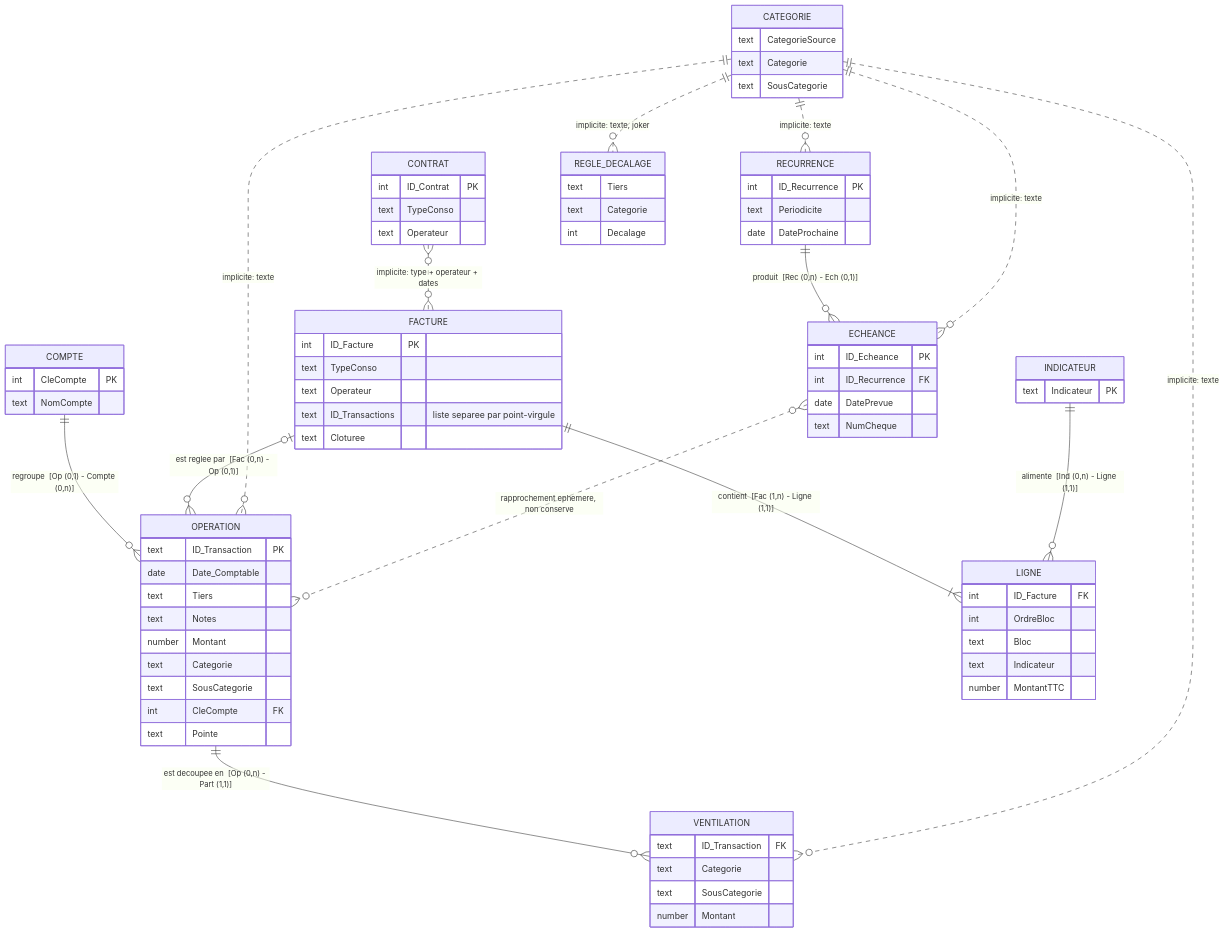
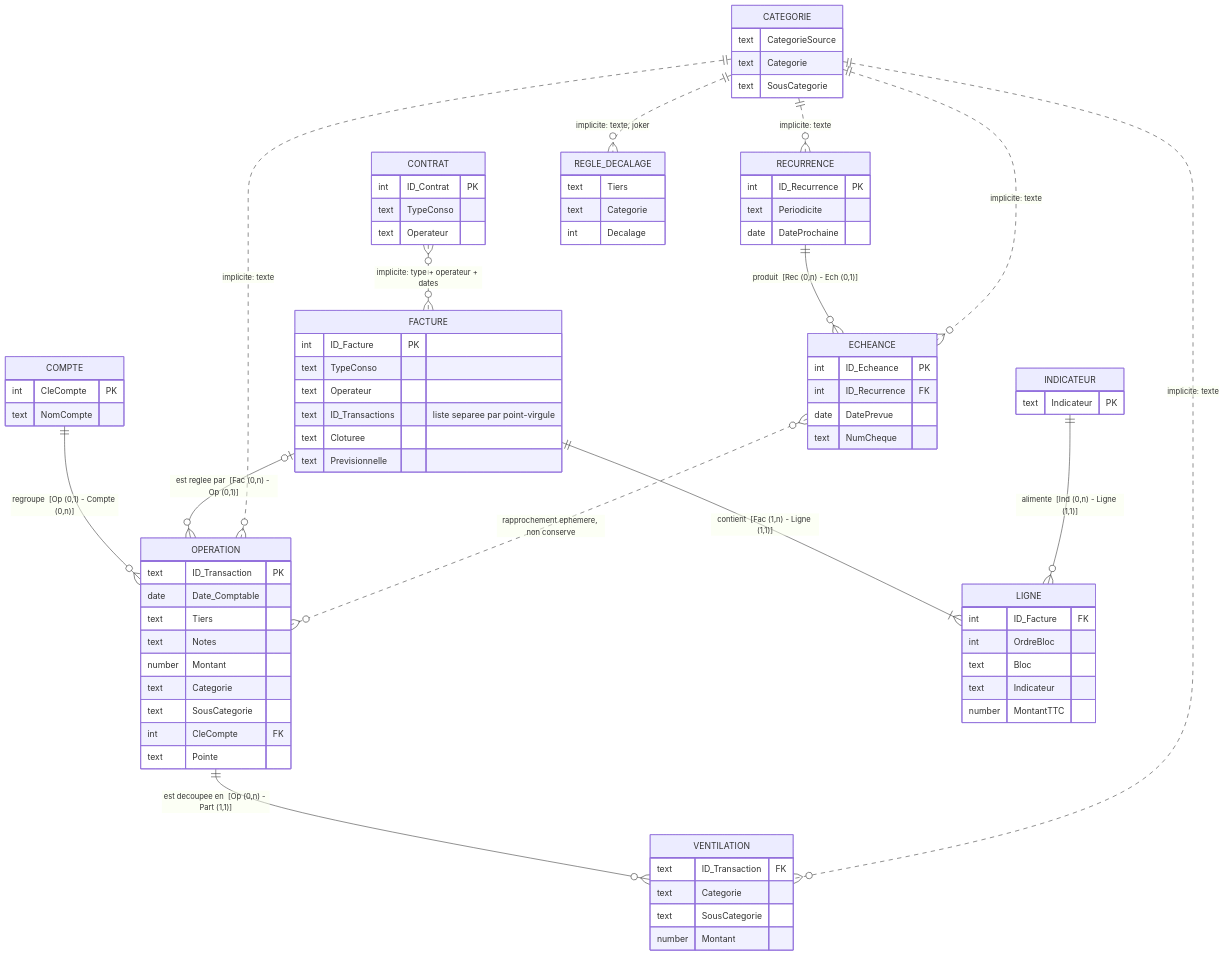
Before and after one commit to alexblav/Suivi_Financier: the first of 2 diagrams in MODELE_DONNEES_MERISE.md, drawn with Mermaid. The commit also changed other lines of this file and 11 other files, not shown here.

````diff
--- a/MODELE_DONNEES_MERISE.md
+++ b/MODELE_DONNEES_MERISE.md
@@ -194,81 +195,82 @@
 ```mermaid
 erDiagram
     COMPTE ||--o{ OPERATION : "regroupe  [Op (0,1) - Compte (0,n)]"
     OPERATION ||--o{ VENTILATION : "est decoupee en  [Op (0,n) - Part (1,1)]"
     FACTURE |o--o{ OPERATION : "est reglee par  [Fac (0,n) - Op (0,1)]"
     FACTURE ||--|{ LIGNE : "contient  [Fac (1,n) - Ligne (1,1)]"
     INDICATEUR ||--o{ LIGNE : "alimente  [Ind (0,n) - Ligne (1,1)]"
     CONTRAT }o..o{ FACTURE : "implicite: type + operateur + dates"
     RECURRENCE ||--o{ ECHEANCE : "produit  [Rec (0,n) - Ech (0,1)]"
     CATEGORIE ||..o{ OPERATION : "implicite: texte"
     CATEGORIE ||..o{ VENTILATION : "implicite: texte"
     CATEGORIE ||..o{ ECHEANCE : "implicite: texte"
     CATEGORIE ||..o{ RECURRENCE : "implicite: texte"
     CATEGORIE ||..o{ REGLE_DECALAGE : "implicite: texte, joker"
     ECHEANCE }o..o{ OPERATION : "rapprochement ephemere, non conserve"
 
     OPERATION {
         text ID_Transaction PK
         date Date_Comptable
         text Tiers
         text Notes
         number Montant
         text Categorie
         text SousCategorie
         int CleCompte FK
         text Pointe
     }
     VENTILATION {
         text ID_Transaction FK
         text Categorie
         text SousCategorie
         number Montant
     }
     FACTURE {
         int ID_Facture PK
         text TypeConso
         text Operateur
         text ID_Transactions "liste separee par point-virgule"
         text Cloturee
+        text Previsionnelle
     }
     LIGNE {
         int ID_Facture FK
         int OrdreBloc
         text Bloc
         text Indicateur
         number MontantTTC
     }
     RECURRENCE {
         int ID_Recurrence PK
         text Periodicite
         date DateProchaine
     }
     ECHEANCE {
         int ID_Echeance PK
         int ID_Recurrence FK
         date DatePrevue
         text NumCheque
     }
     COMPTE {
         int CleCompte PK
         text NomCompte
     }
     CONTRAT {
         int ID_Contrat PK
         text TypeConso
         text Operateur
     }
     INDICATEUR {
         text Indicateur PK
     }
     CATEGORIE {
         text CategorieSource
         text Categorie
         text SousCategorie
     }
     REGLE_DECALAGE {
         text Tiers
         text Categorie
         int Decalage
     }
 ```
````
